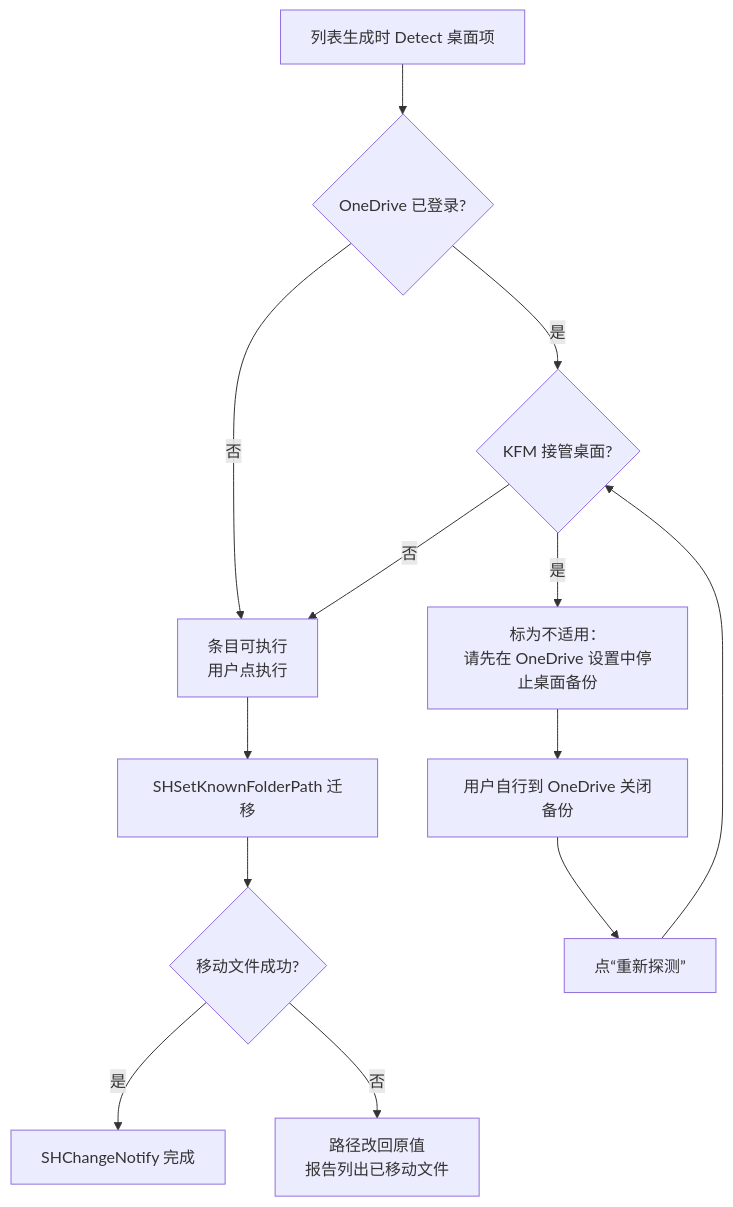
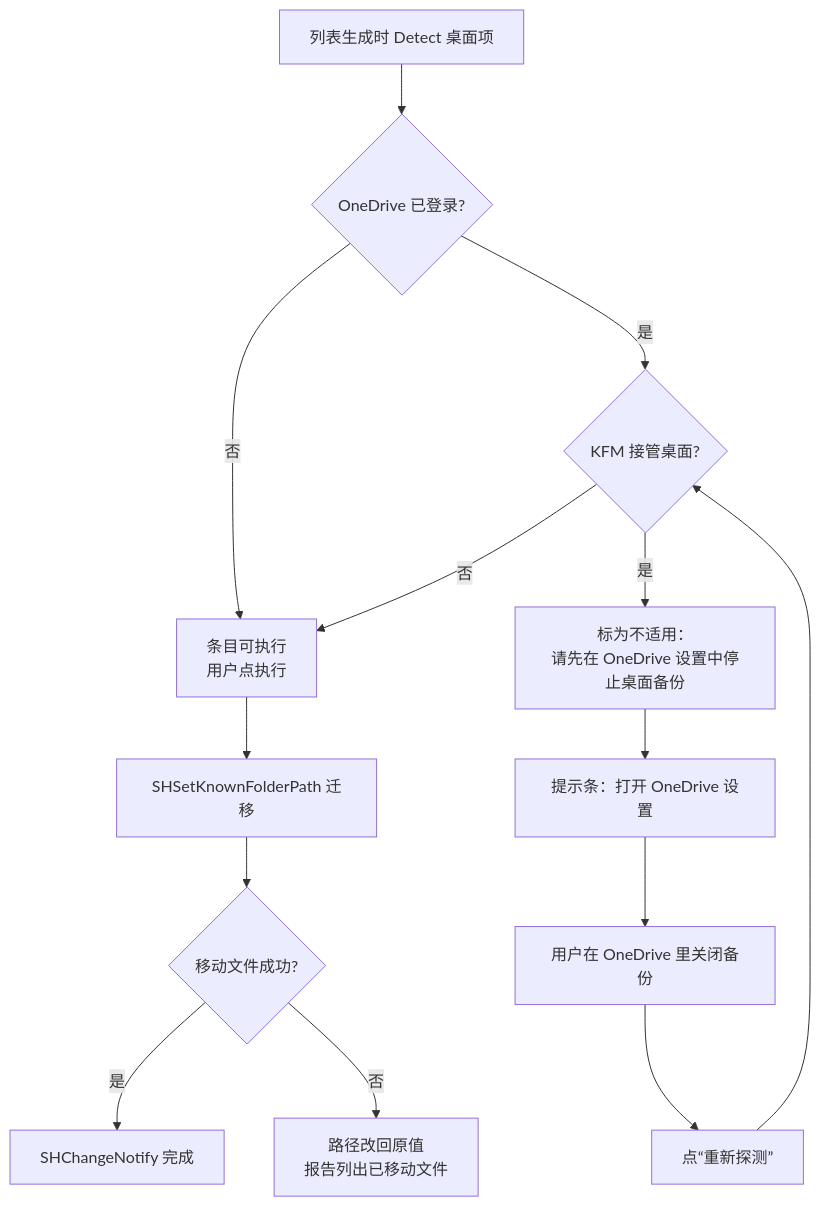
One commit to CookPiu/WinHomestead changed the fourth of 8 diagrams in docs/02-用例与用户流程.md. Above: the diagram before and after it, drawn with Mermaid. The commit also changed other lines of this file and 9 other files, not shown here.

First line of the commit message:
补齐文档剩余项：npm 全局包目录、执行中停止、OneDrive 设置跳转

````diff
--- a/docs/02-用例与用户流程.md
+++ b/docs/02-用例与用户流程.md
@@ -343,14 +343,14 @@
 ```mermaid
 flowchart TD
   A[列表生成时 Detect 桌面项] --> B{OneDrive 已登录?}
   B -- 否 --> E0[条目可执行<br/>用户点执行]
   B -- 是 --> C{KFM 接管桌面?}
   C -- 否 --> E0
   C -- 是 --> D["标为不适用：<br/>请先在 OneDrive 设置中停止桌面备份"]
-  D --> D1[用户自行到 OneDrive 关闭备份]
+  D --> D0[提示条：打开 OneDrive 设置] --> D1[用户在 OneDrive 里关闭备份]
   D1 --> D2[点“重新探测”] --> C
   E0 --> E[SHSetKnownFolderPath 迁移]
   E --> G{移动文件成功?}
   G -- 是 --> H[SHChangeNotify 完成]
   G -- 否 --> I[路径改回原值<br/>报告列出已移动文件]
 ```
````
